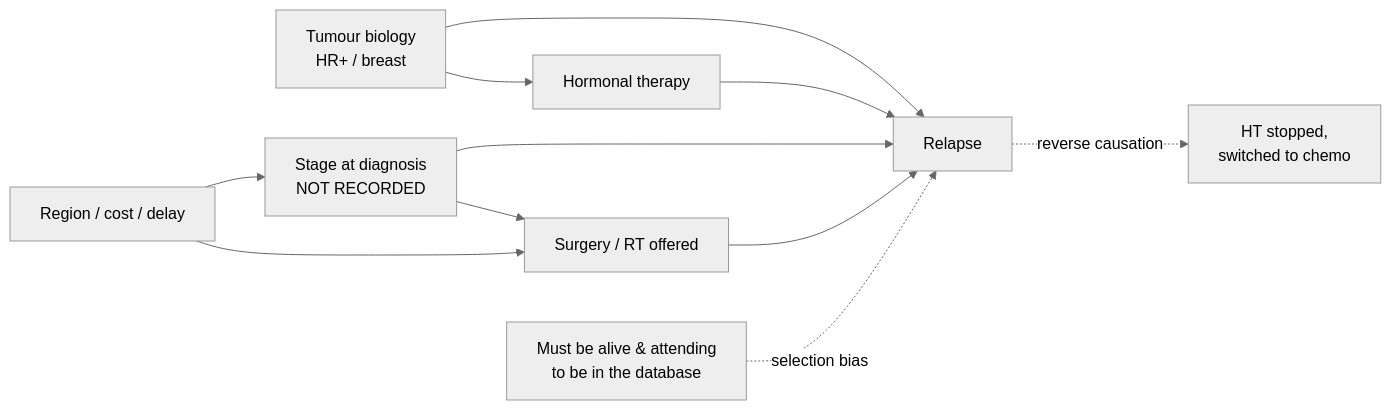
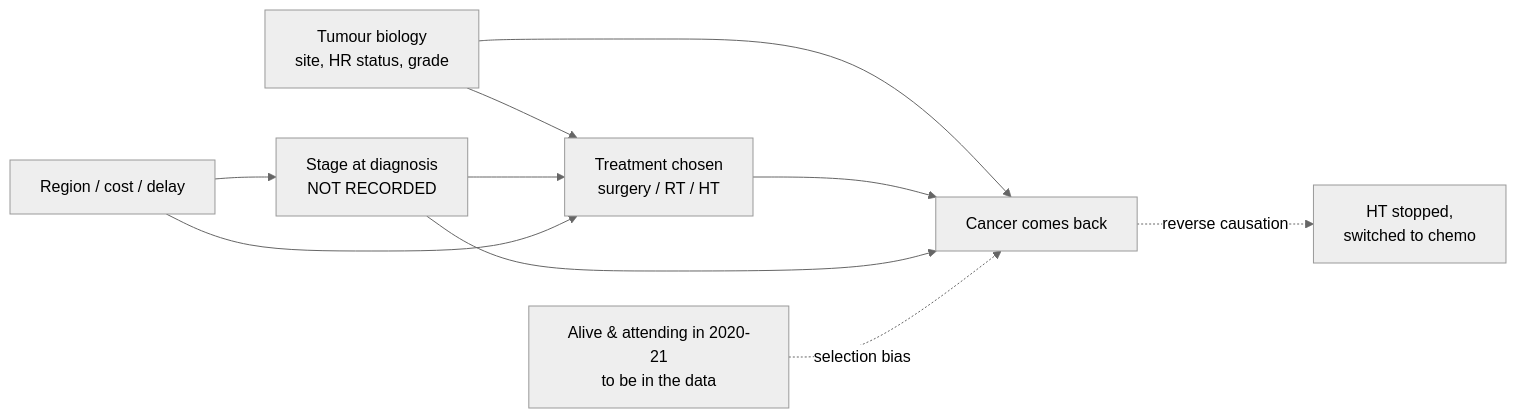
One commit to samiromer2/cancer-relapse-analysis changed the diagram in README.md. Above: the diagram before and after it, drawn with Mermaid (neutral theme). The commit also changed other lines of this file and 23 other files, not shown here.

````diff
--- a/README.md
+++ b/README.md
@@ -127,13 +160,12 @@
 ```mermaid
 graph LR
-  HR[Tumour biology<br/>HR+ / breast] --> HT[Hormonal therapy]
-  HR --> R[Relapse]
-  HT --> R
-  Stage[Stage at diagnosis<br/>NOT RECORDED] --> Tx[Surgery / RT offered]
+  Bio[Tumour biology<br/>site, HR status, grade] --> Tx[Treatment chosen<br/>surgery / RT / HT]
+  Bio --> R[Cancer comes back]
+  Tx --> R
+  Stage[Stage at diagnosis<br/>NOT RECORDED] --> Tx
   Stage --> R
-  Tx --> R
   Access[Region / cost / delay] --> Stage
   Access --> Tx
-  R -. reverse causation .-> HT2[HT stopped,<br/>switched to chemo]
-  Alive[Must be alive & attending<br/>to be in the database] -. selection bias .-> R
+  R -. reverse causation .-> Tx2[HT stopped,<br/>switched to chemo]
+  Alive[Alive & attending in 2020-21<br/>to be in the data] -. selection bias .-> R
 ```
````
